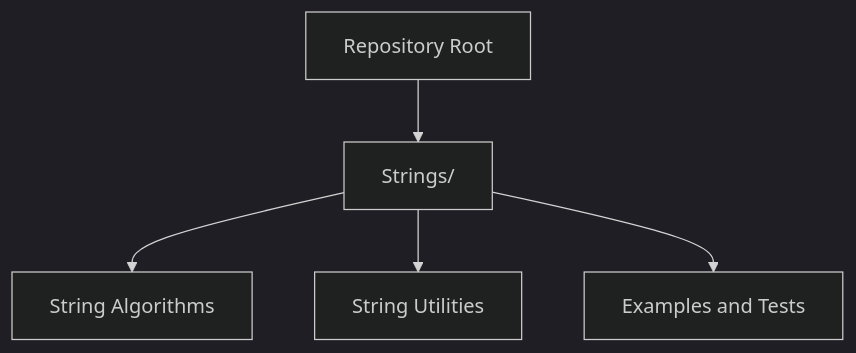
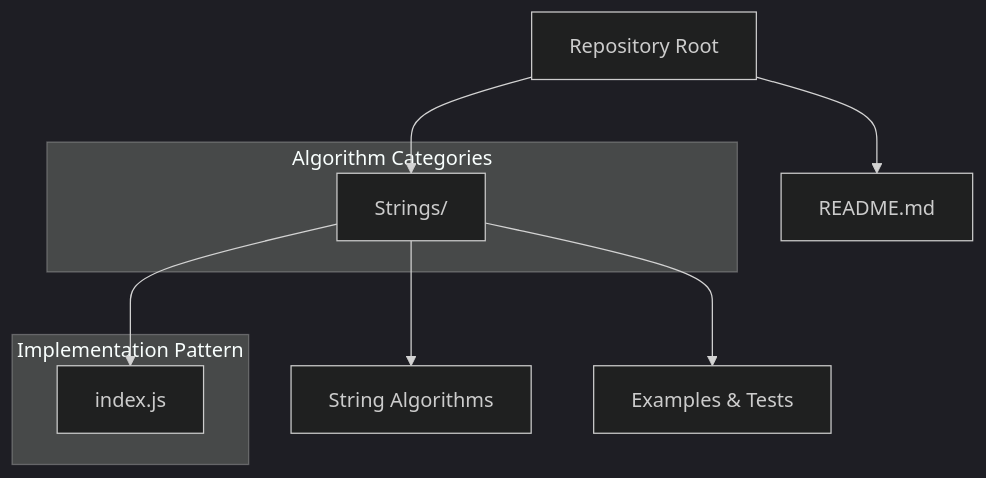
Before and after one commit to pawarrishi/dsa_prep: the diagram in .qoder/repowiki/en/content/Getting Started.md, drawn with Mermaid (dark theme). The commit also changed other lines of this file and 4 other files, not shown here.

````diff
--- a/.qoder/repowiki/en/content/Getting Started.md
+++ b/.qoder/repowiki/en/content/Getting Started.md
@@ -27,7 +39,14 @@
 ```mermaid
 graph TB
-Root["Repository Root"] --> Strings["Strings/"]
-Strings --> S1["String Algorithms"]
-Strings --> S2["String Utilities"]
-Strings --> S3["Examples and Tests"]
+Root["Repository Root"] --> Readme["README.md"]
+Root --> Strings["Strings/"]
+Strings --> IndexJS["index.js"]
+Strings --> Algorithms["String Algorithms"]
+Strings --> Examples["Examples & Tests"]
+subgraph "Algorithm Categories"
+Strings
+end
+subgraph "Implementation Pattern"
+IndexJS
+end
 ```
````
